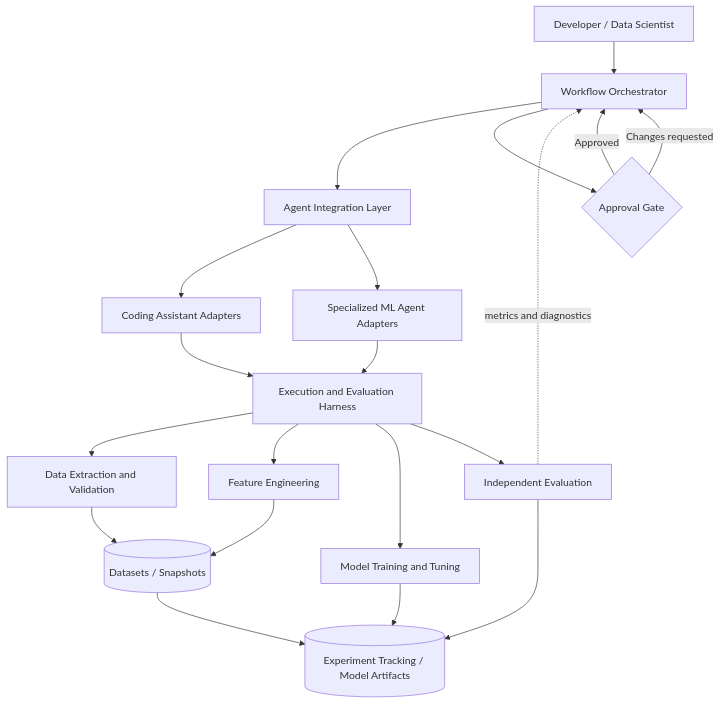
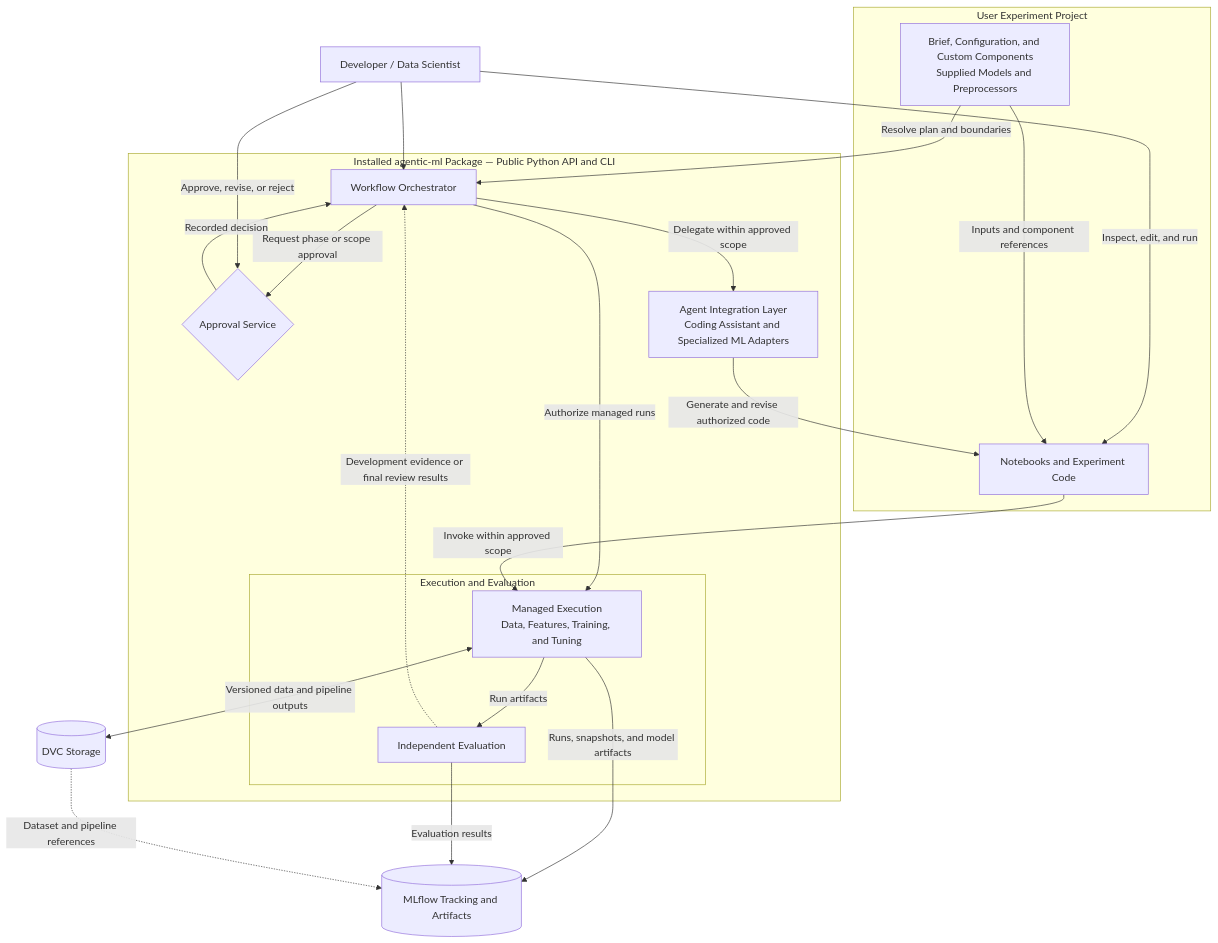
The first of 3 diagrams in docs/specs/agentic-ml-harness-proposal.md (jimthompson5802/agentic-ml), drawn with Mermaid before and after one commit. The commit also changed other lines of this file, not shown here.

Commit message:
docs: align architecture diagrams and harness component boundaries

````diff
--- a/docs/specs/agentic-ml-harness-proposal.md
+++ b/docs/specs/agentic-ml-harness-proposal.md
@@ -53,22 +53,39 @@
 ```mermaid
 flowchart TB
-    U[Developer / Data Scientist] --> O[Workflow Orchestrator]
-    O --> A[Agent Integration Layer]
-    A --> C[Coding Assistant Adapters]
-    A --> S[Specialized ML Agent Adapters]
-    C --> H[Execution and Evaluation Harness]
-    S --> H
-    H --> D[Data Extraction and Validation]
-    H --> F[Feature Engineering]
-    H --> T[Model Training and Tuning]
-    H --> E[Independent Evaluation]
-    D --> P[(Datasets / Snapshots)]
-    F --> P
-    T --> R[(Experiment Tracking / Model Artifacts)]
-    E --> R
-    P --> R
-    E -. metrics and diagnostics .-> O
-    O --> G{Approval Gate}
-    G -->|Approved| O
-    G -->|Changes requested| O
+    U[Developer / Data Scientist]
+
+    subgraph H["Installed agentic-ml Package — Public Python API and CLI"]
+        O[Workflow Orchestrator]
+        G{Approval Service}
+        A[Agent Integration Layer<br/>Coding Assistant and Specialized ML Adapters]
+
+        subgraph R["Execution and Evaluation"]
+            X[Managed Execution<br/>Data, Features, Training, and Tuning]
+            E[Independent Evaluation]
+        end
+    end
+
+    subgraph P["User Experiment Project"]
+        N[Notebooks and Experiment Code]
+        C[Brief, Configuration, and Custom Components<br/>Supplied Models and Preprocessors]
+    end
+
+    U --> O
+    O -->|Request phase or scope approval| G
+    U -->|Approve, revise, or reject| G
+    G -->|Recorded decision| O
+    O -->|Delegate within approved scope| A
+    U -->|Inspect, edit, and run| N
+    A -->|Generate and revise authorized code| N
+    C -->|Inputs and component references| N
+    C -->|Resolve plan and boundaries| O
+
+    O -->|Authorize managed runs| X
+    N -->|Invoke within approved scope| X
+    X -->|Run artifacts| E
+    E -. Development evidence or final review results .-> O
+    X <-->|Versioned data and pipeline outputs| D[(DVC Storage)]
+    X -->|Runs, snapshots, and model artifacts| M[(MLflow Tracking and Artifacts)]
+    E -->|Evaluation results| M
+    D -. Dataset and pipeline references .-> M
 ```
````
